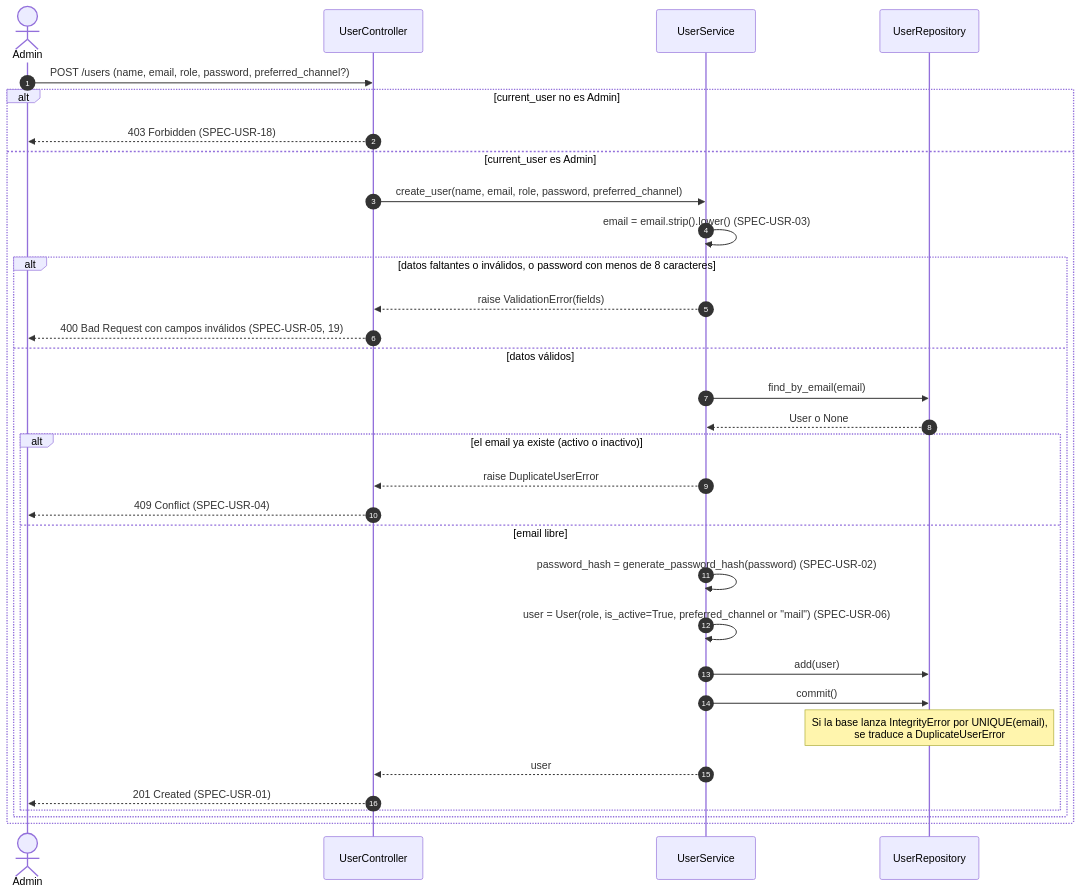
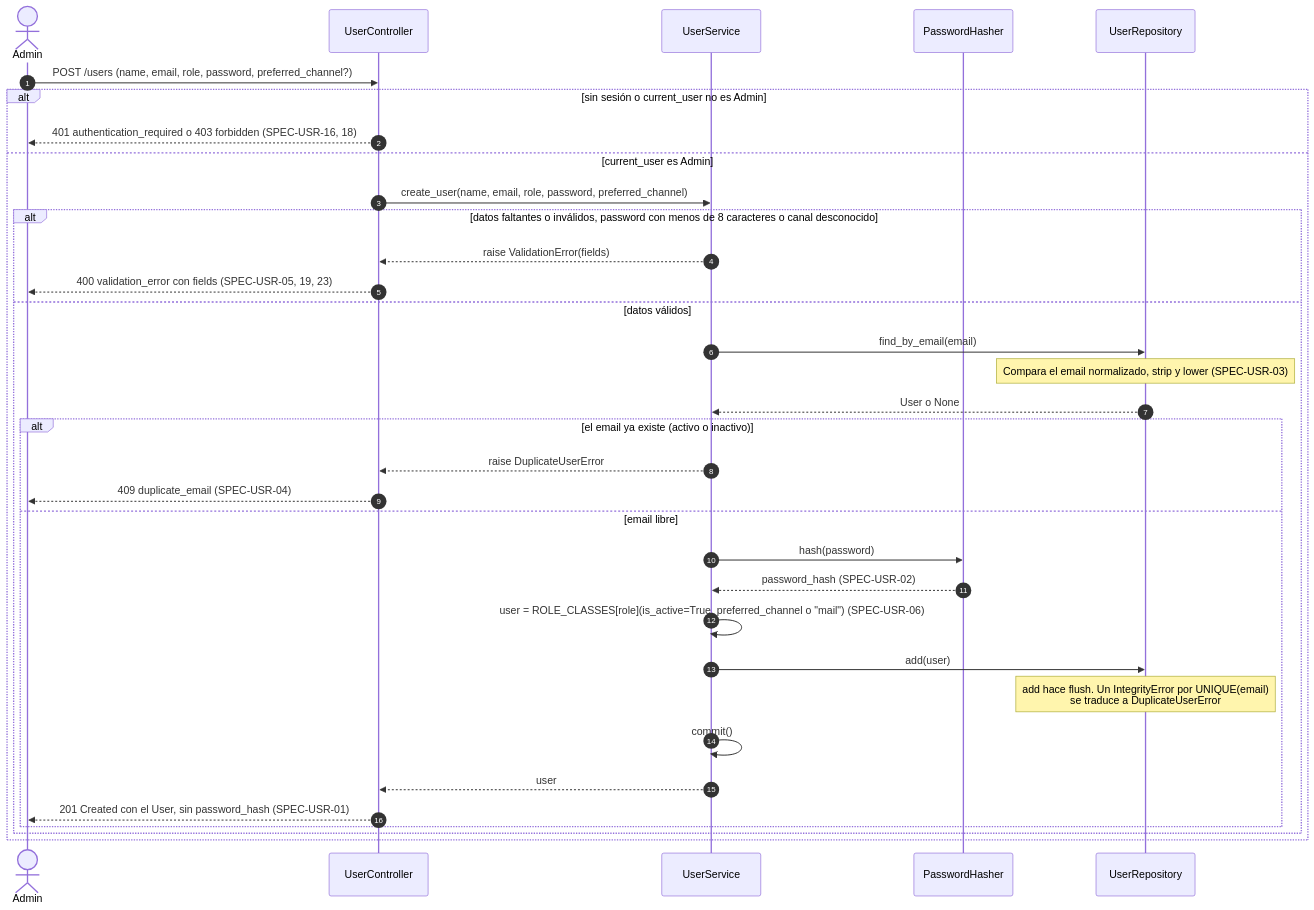
The first of 4 diagrams in diagrams/sequences/01-users.md (Diazfe-dev/AyED-III-python-ticket-service), drawn with Mermaid before and after one commit. The commit also changed other lines of this file and 7 other files, not shown here.

Commit message:
feat(user): add create-admin command and close the 01-users area

````diff
--- a/diagrams/sequences/01-users.md
+++ b/diagrams/sequences/01-users.md
@@ -9,35 +15,37 @@
 ```mermaid
 sequenceDiagram
     autonumber
     actor Admin
     participant UC as UserController
     participant US as UserService
+    participant H as PasswordHasher
     participant UR as UserRepository
 
     Admin->>UC: POST /users (name, email, role, password, preferred_channel?)
-    alt current_user no es Admin
-        UC-->>Admin: 403 Forbidden (SPEC-USR-18)
+    alt sin sesión o current_user no es Admin
+        UC-->>Admin: 401 authentication_required o 403 forbidden (SPEC-USR-16, 18)
     else current_user es Admin
         UC->>US: create_user(name, email, role, password, preferred_channel)
-        US->>US: email = email.strip().lower() (SPEC-USR-03)
-        alt datos faltantes o inválidos, o password con menos de 8 caracteres
+        alt datos faltantes o inválidos, password con menos de 8 caracteres o canal desconocido
             US-->>UC: raise ValidationError(fields)
-            UC-->>Admin: 400 Bad Request con campos inválidos (SPEC-USR-05, 19)
+            UC-->>Admin: 400 validation_error con fields (SPEC-USR-05, 19, 23)
         else datos válidos
             US->>UR: find_by_email(email)
+            Note over UR: Compara el email normalizado, strip y lower (SPEC-USR-03)
             UR-->>US: User o None
             alt el email ya existe (activo o inactivo)
                 US-->>UC: raise DuplicateUserError
-                UC-->>Admin: 409 Conflict (SPEC-USR-04)
+                UC-->>Admin: 409 duplicate_email (SPEC-USR-04)
             else email libre
-                US->>US: password_hash = generate_password_hash(password) (SPEC-USR-02)
-                US->>US: user = User(role, is_active=True, preferred_channel or "mail") (SPEC-USR-06)
+                US->>H: hash(password)
+                H-->>US: password_hash (SPEC-USR-02)
+                US->>US: user = ROLE_CLASSES[role](is_active=True, preferred_channel o "mail") (SPEC-USR-06)
                 US->>UR: add(user)
-                US->>UR: commit()
-                Note over UR: Si la base lanza IntegrityError por UNIQUE(email),<br/>se traduce a DuplicateUserError
+                Note over UR: add hace flush. Un IntegrityError por UNIQUE(email)<br/>se traduce a DuplicateUserError
+                US->>US: commit()
                 US-->>UC: user
-                UC-->>Admin: 201 Created (SPEC-USR-01)
+                UC-->>Admin: 201 Created con el User, sin password_hash (SPEC-USR-01)
             end
         end
     end
 ```
````
